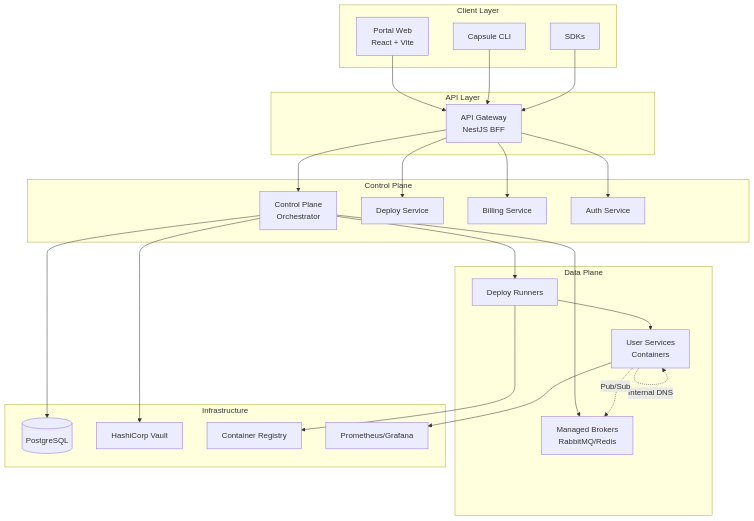
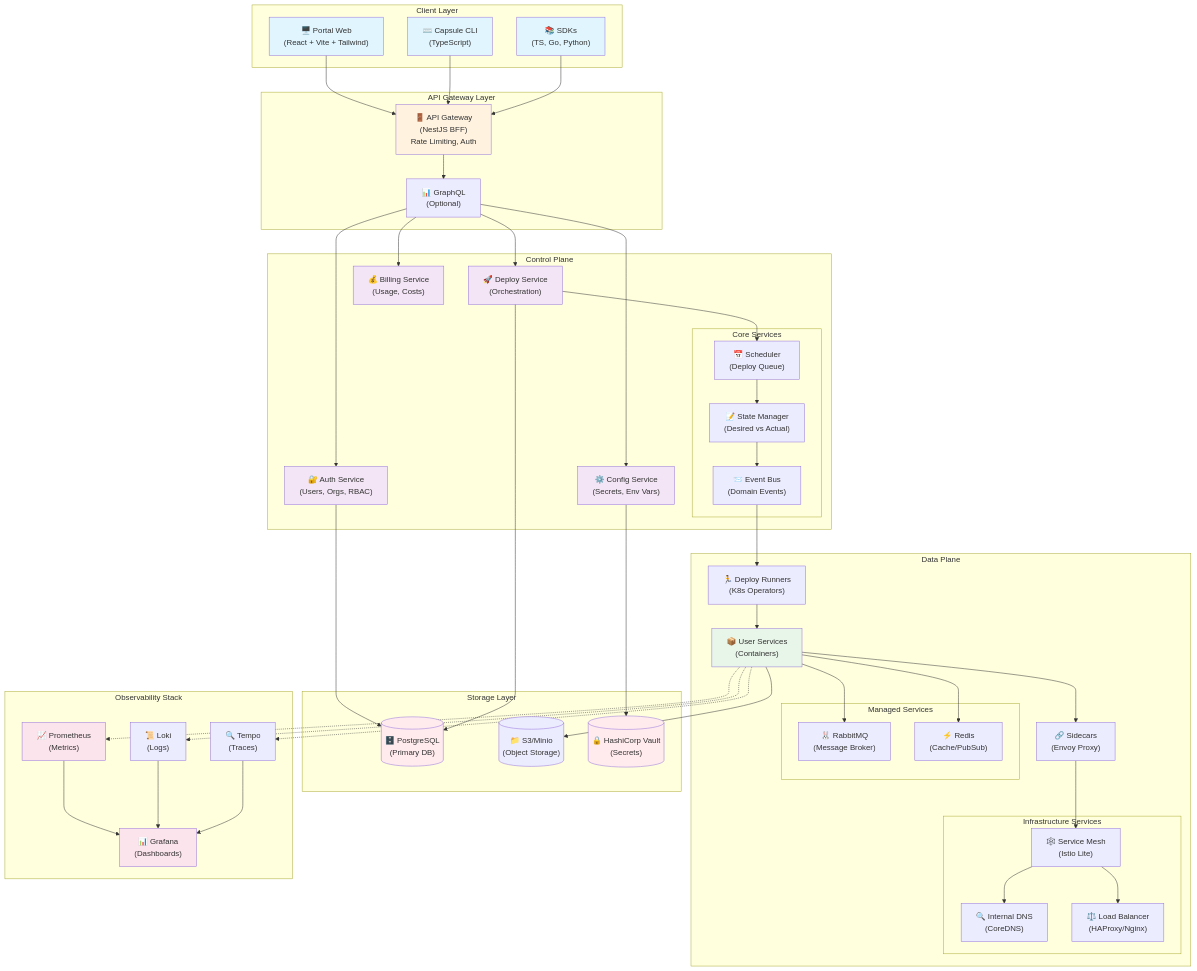
The second of 3 diagrams in docs/core-features.md (danilomartinelli/usecapsule-api), drawn with Mermaid before and after one commit. The commit also changed other lines of this file and 4 other files, not shown here.

````diff
--- a/docs/core-features.md
+++ b/docs/core-features.md
@@ -606,53 +539,112 @@
 ```mermaid
 graph TB
     subgraph "Client Layer"
-        Portal[Portal Web<br/>React + Vite]
-        CLI[Capsule CLI]
-        SDK[SDKs]
+        Portal["🖥️ Portal Web<br/>(React + Vite + Tailwind)"]
+        CLI["⌨️ Capsule CLI<br/>(TypeScript)"]
+        SDK["📚 SDKs<br/>(TS, Go, Python)"]
     end
 
-    subgraph "API Layer"
-        Gateway[API Gateway<br/>NestJS BFF]
+    subgraph "API Gateway Layer"
+        Gateway["🚪 API Gateway<br/>(NestJS BFF)<br/>Rate Limiting, Auth"]
+        GraphQL["📊 GraphQL<br/>(Optional)"]
     end
 
     subgraph "Control Plane"
-        CP[Control Plane<br/>Orchestrator]
-        Deploy[Deploy Service]
-        Billing[Billing Service]
-        Auth[Auth Service]
+        AuthSvc["🔐 Auth Service<br/>(Users, Orgs, RBAC)"]
+        DeploySvc["🚀 Deploy Service<br/>(Orchestration)"]
+        ConfigSvc["⚙️ Config Service<br/>(Secrets, Env Vars)"]
+        BillingSvc["💰 Billing Service<br/>(Usage, Costs)"]
+
+        subgraph "Core Services"
+            Scheduler["📅 Scheduler<br/>(Deploy Queue)"]
+            StateManager["📝 State Manager<br/>(Desired vs Actual)"]
+            EventBus["📨 Event Bus<br/>(Domain Events)"]
+        end
     end
 
     subgraph "Data Plane"
-        Runner[Deploy Runners]
-        Services[User Services<br/>Containers]
-        Brokers[Managed Brokers<br/>RabbitMQ/Redis]
+        Runners["🏃 Deploy Runners<br/>(K8s Operators)"]
+        Services["📦 User Services<br/>(Containers)"]
+        Sidecars["🔗 Sidecars<br/>(Envoy Proxy)"]
+
+        subgraph "Infrastructure Services"
+            DNS["🔍 Internal DNS<br/>(CoreDNS)"]
+            LoadBalancer["⚖️ Load Balancer<br/>(HAProxy/Nginx)"]
+            ServiceMesh["🕸️ Service Mesh<br/>(Istio Lite)"]
+        end
+
+        subgraph "Managed Services"
+            RabbitMQ["🐰 RabbitMQ<br/>(Message Broker)"]
+            Redis["⚡ Redis<br/>(Cache/PubSub)"]
+        end
     end
 
-    subgraph "Infrastructure"
-        DB[(PostgreSQL)]
-        Vault[HashiCorp Vault]
-        Registry[Container Registry]
-        Metrics[Prometheus/Grafana]
+    subgraph "Storage Layer"
+        Postgres[("🗄️ PostgreSQL<br/>(Primary DB)")]
+        S3[("📁 S3/Minio<br/>(Object Storage)")]
+        Vault[("🔒 HashiCorp Vault<br/>(Secrets)")]
     end
 
+    subgraph "Observability Stack"
+        Prometheus["📈 Prometheus<br/>(Metrics)"]
+        Loki["📜 Loki<br/>(Logs)"]
+        Tempo["🔍 Tempo<br/>(Traces)"]
+        Grafana["📊 Grafana<br/>(Dashboards)"]
+    end
+
+    %% Client connections
     Portal --> Gateway
     CLI --> Gateway
     SDK --> Gateway
 
-    Gateway --> CP
-    Gateway --> Deploy
-    Gateway --> Billing
-    Gateway --> Auth
+    %% Gateway connections
+    Gateway --> GraphQL
+    GraphQL --> AuthSvc
+    GraphQL --> DeploySvc
+    GraphQL --> ConfigSvc
+    GraphQL --> BillingSvc
 
-    CP --> Runner
-    CP --> Brokers
-    Runner --> Services
+    %% Control Plane connections
+    DeploySvc --> Scheduler
+    Scheduler --> StateManager
+    StateManager --> EventBus
+    EventBus --> Runners
 
-    CP --> DB
-    CP --> Vault
-    Runner --> Registry
-    Services --> Metrics
+    %% Data Plane connections
+    Runners --> Services
+    Services --> Sidecars
+    Sidecars --> ServiceMesh
+    ServiceMesh --> DNS
+    ServiceMesh --> LoadBalancer
 
-    Services -.->|Internal DNS| Services
-    Services -.->|Pub/Sub| Brokers
+    Services --> RabbitMQ
+    Services --> Redis
+
+    %% Storage connections
+    AuthSvc --> Postgres
+    DeploySvc --> Postgres
+    ConfigSvc --> Vault
+    Services --> S3
+
+    %% Observability connections
+    Services -.-> Prometheus
+    Services -.-> Loki
+    Services -.-> Tempo
+    Prometheus --> Grafana
+    Loki --> Grafana
+    Tempo --> Grafana
+
+    style Portal fill:#e1f5fe
+    style CLI fill:#e1f5fe
+    style SDK fill:#e1f5fe
+    style Gateway fill:#fff3e0
+    style AuthSvc fill:#f3e5f5
+    style DeploySvc fill:#f3e5f5
+    style ConfigSvc fill:#f3e5f5
+    style BillingSvc fill:#f3e5f5
+    style Services fill:#e8f5e9
+    style Postgres fill:#ffebee
+    style Vault fill:#ffebee
+    style Prometheus fill:#fce4ec
+    style Grafana fill:#fce4ec
 ```
````
